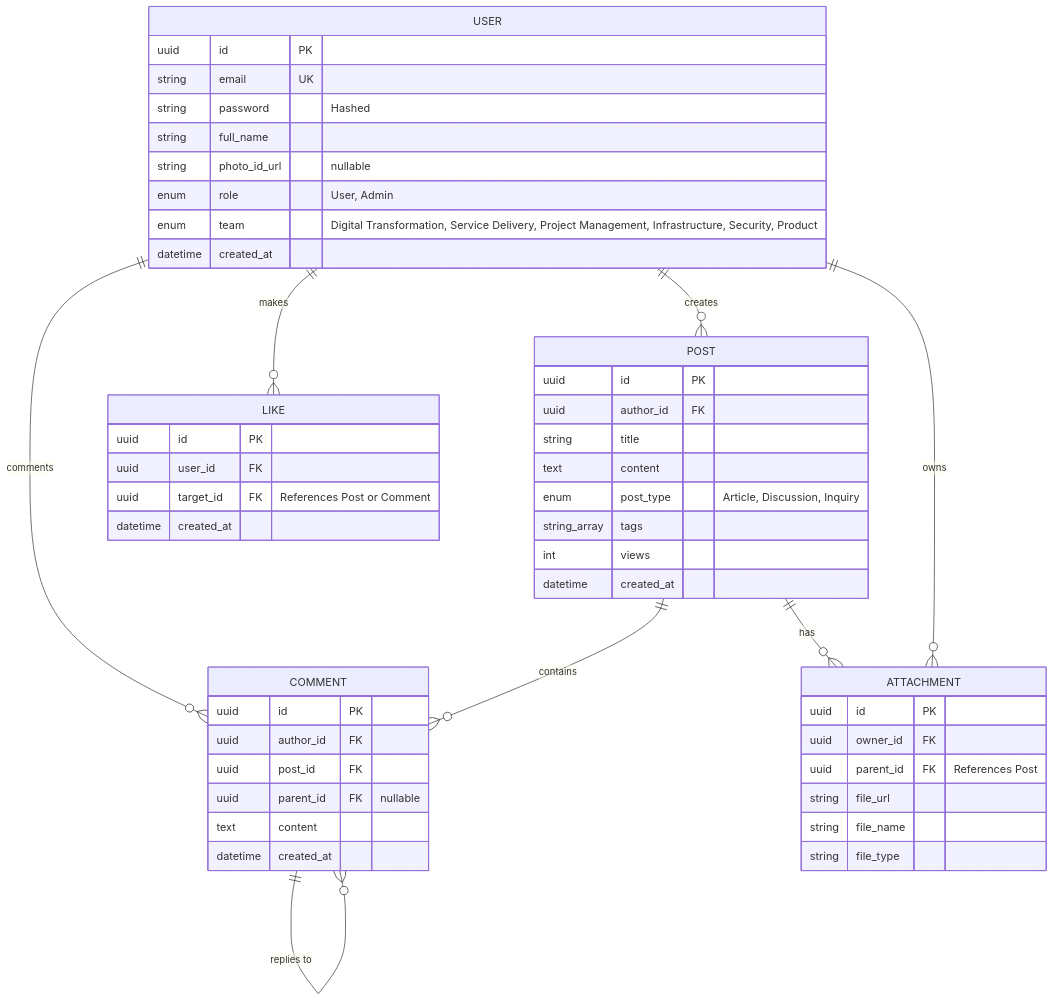
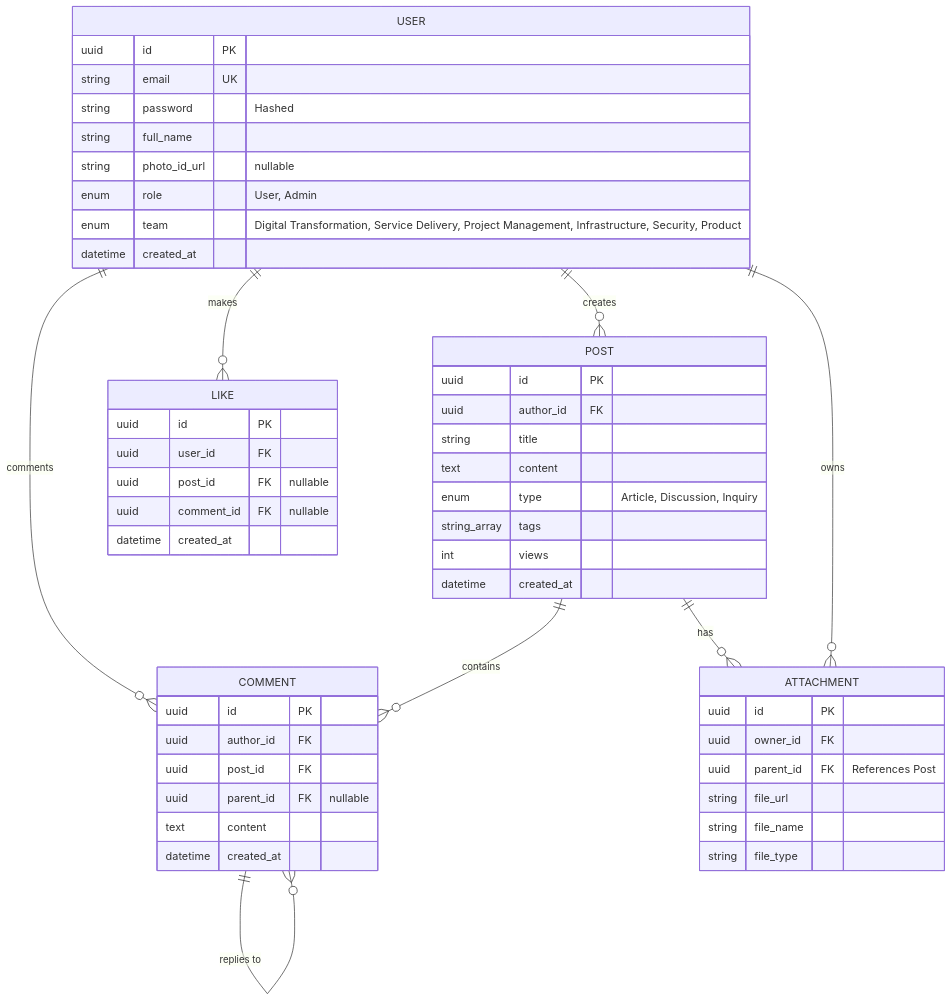
The diagram in docs/entity-relationship.md (maruvici/info-hub), drawn with Mermaid before and after one commit. The commit also changed 15 other files, not shown here.

````diff
--- a/docs/entity-relationship.md
+++ b/docs/entity-relationship.md
@@ -1,59 +1,60 @@
 ```mermaid
 erDiagram
     USER ||--o{ POST : "creates"
     USER ||--o{ COMMENT : "comments"
     USER ||--o{ LIKE : "makes"
     
     POST ||--o{ COMMENT : "contains"
     POST ||--o{ ATTACHMENT : "has"
     USER ||--o{ ATTACHMENT : "owns"
     
     COMMENT ||--o{ COMMENT : "replies to"
     
     USER {
         uuid id PK
         string email UK
         string password "Hashed"
         string full_name
         string photo_id_url "nullable"
         enum role "User, Admin"
         enum team "Digital Transformation, Service Delivery, Project Management, Infrastructure, Security, Product"
         datetime created_at
     }
 
     POST {
         uuid id PK
         uuid author_id FK
         string title
         text content
-        enum post_type "Article, Discussion, Inquiry"
+        enum type "Article, Discussion, Inquiry"
         string_array tags
         int views
         datetime created_at
     }
 
     COMMENT {
         uuid id PK
         uuid author_id FK
         uuid post_id FK
         uuid parent_id FK "nullable"
         text content
         datetime created_at
     }
 
     LIKE {
         uuid id PK
         uuid user_id FK
-        uuid target_id FK "References Post or Comment"
+        uuid post_id FK "nullable"
+        uuid comment_id FK "nullable"
         datetime created_at
     }
 
     ATTACHMENT {
         uuid id PK
         uuid owner_id FK
         uuid parent_id FK "References Post"
         string file_url
         string file_name
         string file_type
     }
 ```
````
